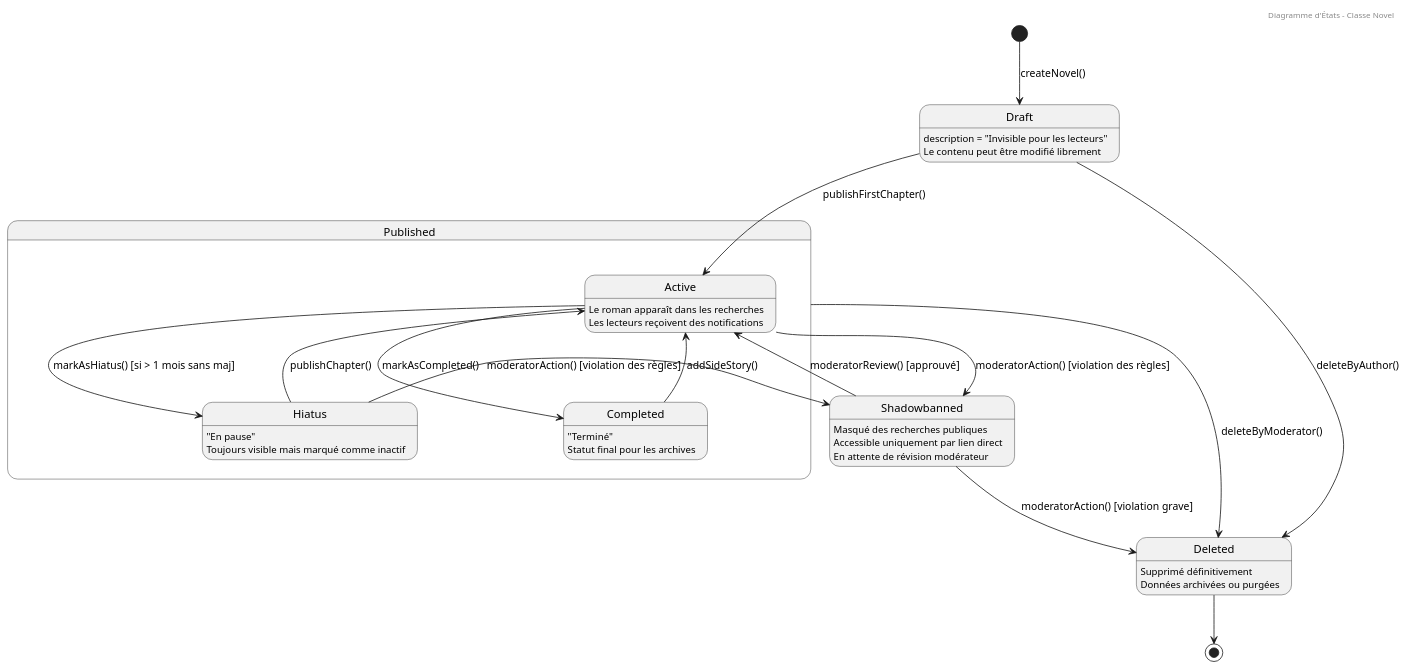
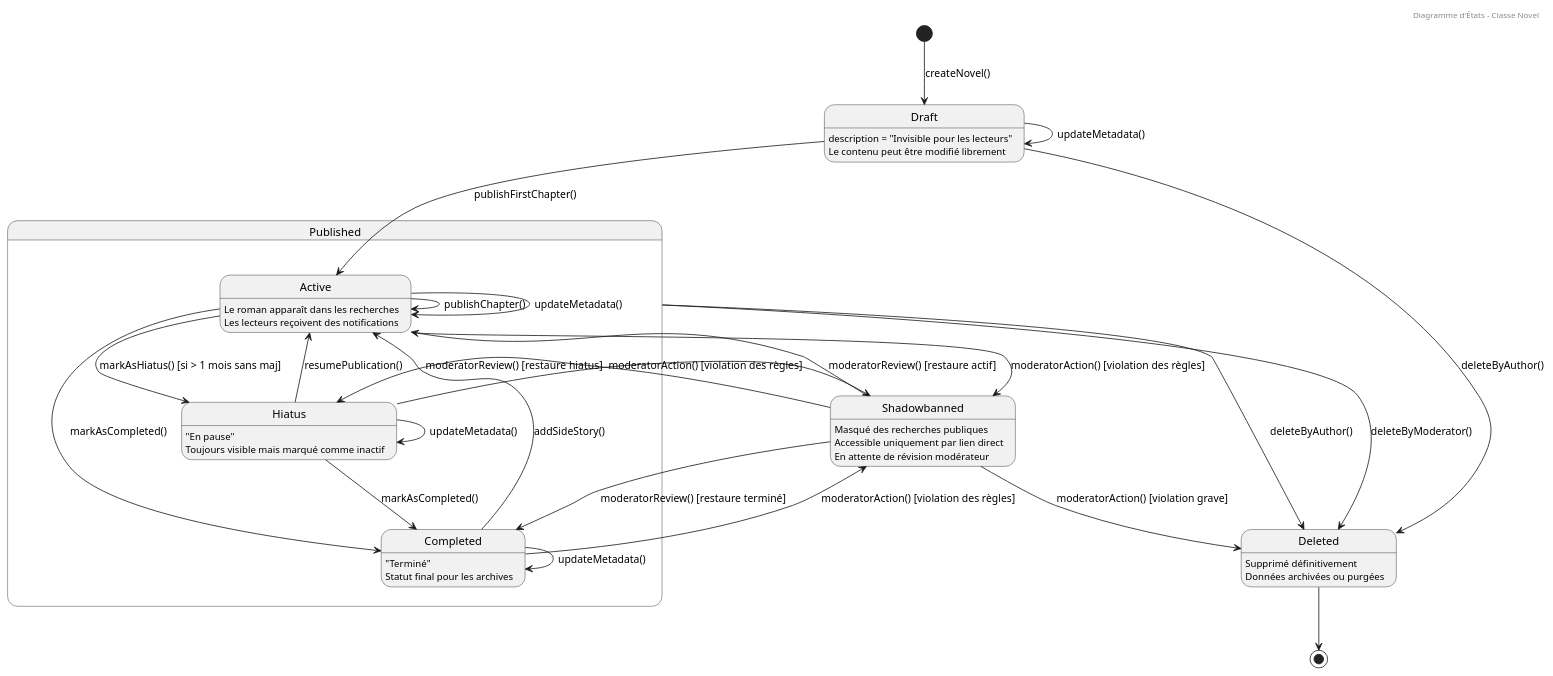
Before and after one commit to matthieuzajac/UML_project: the diagram in src/State/States.wsd, drawn with PlantUML. The commit also changed 1 other file, not shown here.

```diff
--- a/src/State/States.wsd
+++ b/src/State/States.wsd
@@ -1,56 +1,67 @@
 @startuml state diagram
 header Diagramme d'États - Classe Novel
 skinparam monochrome true
 skinparam shadowing false
 
 [*] --> Draft : createNovel()
 
 state Draft {
   Draft : description = "Invisible pour les lecteurs"
   Draft : Le contenu peut être modifié librement
 }
 
 state Published {
   state Active {
     Active : Le roman apparaît dans les recherches
     Active : Les lecteurs reçoivent des notifications
   }
   
   state Hiatus {
     Hiatus : "En pause"
     Hiatus : Toujours visible mais marqué comme inactif
   }
   
   state Completed {
     Completed : "Terminé"
     Completed : Statut final pour les archives
   }
 }
 
 state Shadowbanned {
   Shadowbanned : Masqué des recherches publiques
   Shadowbanned : Accessible uniquement par lien direct
   Shadowbanned : En attente de révision modérateur
 }
 
 state Deleted {
   Deleted : Supprimé définitivement
   Deleted : Données archivées ou purgées
 }
 
+Draft --> Draft : updateMetadata()
 Draft --> Active : publishFirstChapter()
+Active --> Active : publishChapter()
+Active --> Active : updateMetadata()
+Hiatus --> Hiatus : updateMetadata()
+Completed --> Completed : updateMetadata()
+
 Active --> Hiatus : markAsHiatus() [si > 1 mois sans maj]
-Hiatus --> Active : publishChapter()
+Hiatus --> Active : resumePublication()
+Hiatus --> Completed : markAsCompleted()
 Active --> Completed : markAsCompleted()
 Completed --> Active : addSideStory()
 
 Active --> Shadowbanned : moderatorAction() [violation des règles]
 Hiatus --> Shadowbanned : moderatorAction() [violation des règles]
-Shadowbanned --> Active : moderatorReview() [approuvé]
+Completed --> Shadowbanned : moderatorAction() [violation des règles]
+Shadowbanned --> Active : moderatorReview() [restaure actif]
+Shadowbanned --> Hiatus : moderatorReview() [restaure hiatus]
+Shadowbanned --> Completed : moderatorReview() [restaure terminé]
 Shadowbanned --> Deleted : moderatorAction() [violation grave]
 
 Draft --> Deleted : deleteByAuthor()
+Published --> Deleted : deleteByAuthor()
 Published --> Deleted : deleteByModerator()
 Deleted --> [*]
 
 @enduml
```
